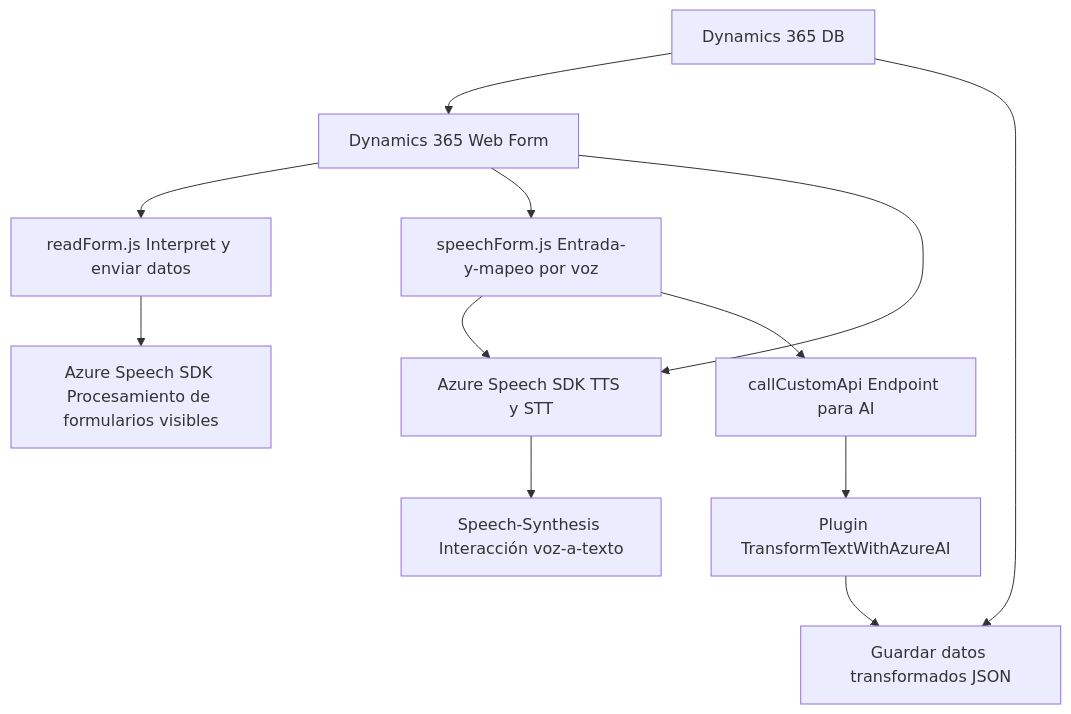
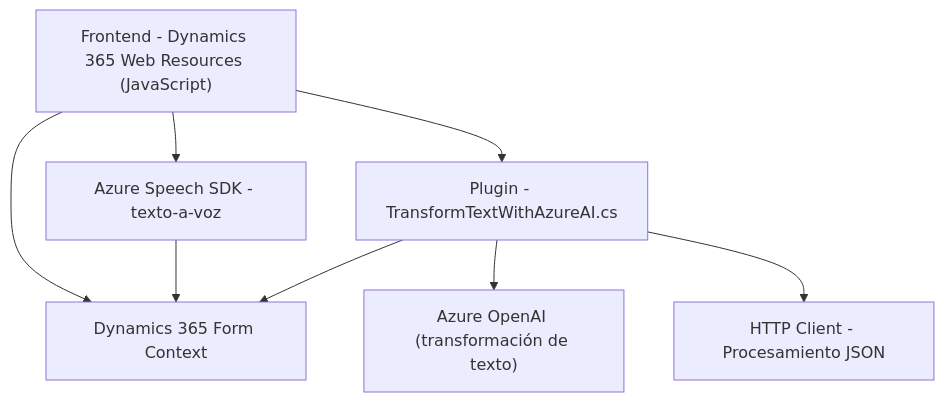
One commit to blopezdm/NETCORE_BILBAO2025 changed the diagram in README.md. Above: the diagram before and after it, drawn with Mermaid. The commit also changed other lines of this file, not shown here.

````diff
--- a/README.md
+++ b/README.md
@@ -58,19 +63,17 @@
 ```mermaid
 graph TD
+  A["Frontend - Dynamics 365 Web Resources (JavaScript)"]
+  B["Azure Speech SDK - texto-a-voz"]
+  C["Dynamics 365 Form Context"]
+  D["Azure OpenAI (transformación de texto)"]
+  E["Plugin - TransformTextWithAzureAI.cs"]
+  F["HTTP Client - Procesamiento JSON"]
 
-A["Dynamics 365 Web Form"] --> B["readForm.js Interpret y enviar datos"]
-A --> C["speechForm.js Entrada-y-mapeo por voz"]
-A --> E["Azure Speech SDK TTS y STT"]
-
-B --> F["Azure Speech SDK Procesamiento de formularios visibles"]
-C --> E
-C --> G["callCustomApi Endpoint para AI"]
-
-G --> H["Plugin TransformTextWithAzureAI"]
-H --> I["Azure OpenAI API Respuesta transformada en JSON"]
-
-E --> J["Speech-Synthesis Interacción voz-a-texto"]
-
-D["Dynamics 365 DB"] --> A
-D --> I["Guardar datos transformados JSON"]
+  A --> B
+  A --> C
+  B --> C
+  A --> E
+  E --> D
+  E --> C
+  E --> F
 ```
````
